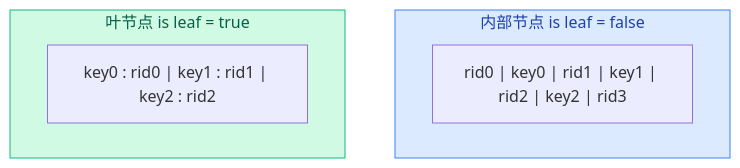
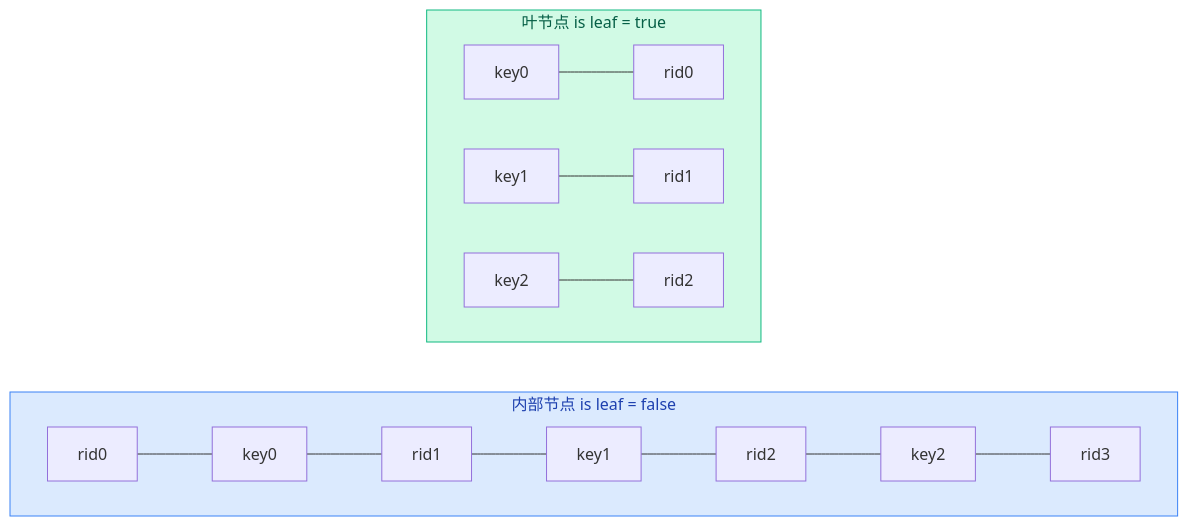
Before and after one commit to Dorian7Alden/RMDB-2024-Analyze: the first of 2 diagrams in my-analysis/03-index-layer/04a-btree-search.md, drawn with Mermaid.

Commit message:
fix(index): 内部节点 mermaid 改为独立块横向排列
- 替换竖线分隔的文本块 改为每个 rid/key 独立方块
- 用 --- 连接展示交替排列关系

````diff
--- a/my-analysis/03-index-layer/04a-btree-search.md
+++ b/my-analysis/03-index-layer/04a-btree-search.md
@@ -7,13 +7,17 @@
 ```mermaid
-flowchart TB
+flowchart LR
     subgraph internal["内部节点 is leaf = false"]
-        i_text["rid0 | key0 | rid1 | key1 | rid2 | key2 | rid3"]
+        direction LR
+        r0["rid0"] --- k0["key0"] --- r1["rid1"] --- k1["key1"] --- r2["rid2"] --- k2["key2"] --- r3["rid3"]
     end
 
     subgraph leaf["叶节点 is leaf = true"]
-        l_text["key0 : rid0 | key1 : rid1 | key2 : rid2"]
+        direction LR
+        k0l["key0"] --- r0l["rid0"]
+        k1l["key1"] --- r1l["rid1"]
+        k2l["key2"] --- r2l["rid2"]
     end
 
     style internal fill:#dbeafe,stroke:#3b82f6,color:#1e40af
     style leaf fill:#d1fae5,stroke:#10b981,color:#065f46
 ```
````
